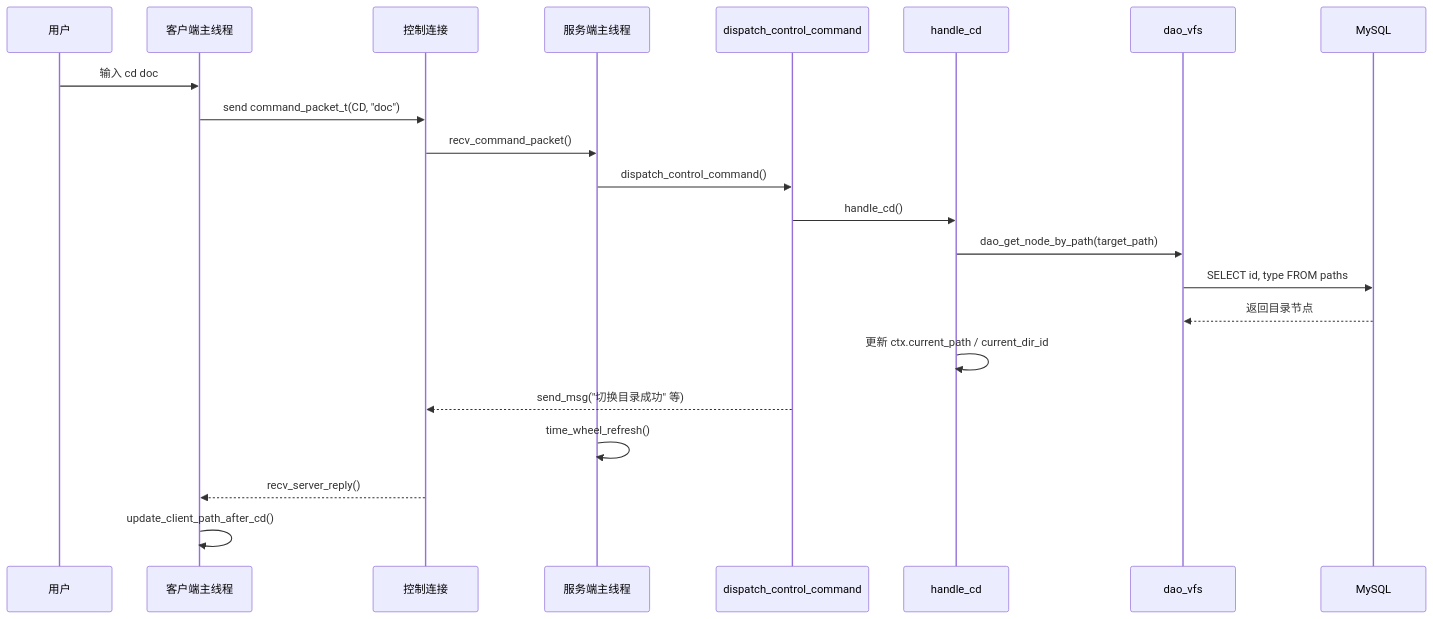
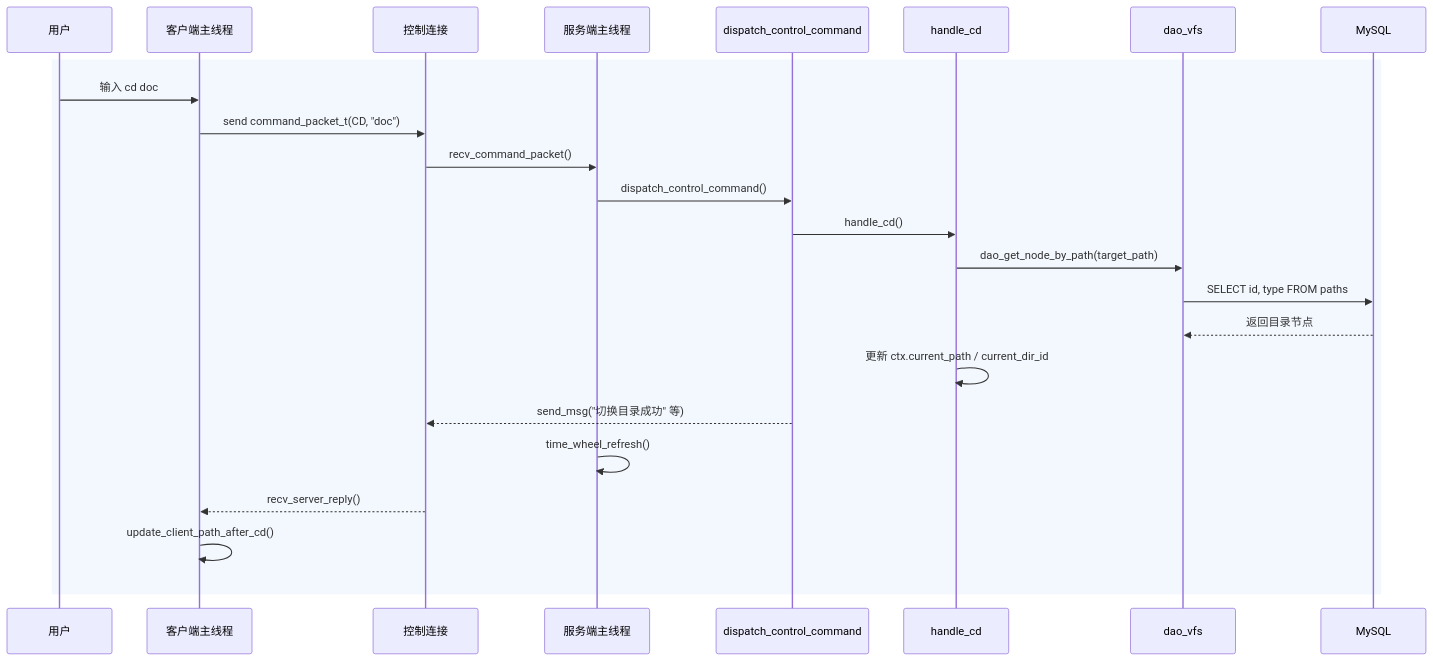
Before and after one commit to panlong-studio/WindCloud_V4: the fourth of 14 diagrams in docs/V5全流程时序图详解.md, drawn with Mermaid. The commit also changed other lines of this file and 5 other files, not shown here.

````diff
--- a/docs/V5全流程时序图详解.md
+++ b/docs/V5全流程时序图详解.md
@@ -301,25 +309,27 @@
 ```mermaid
 sequenceDiagram
     participant U as 用户
     participant CMain as 客户端主线程
     participant CtrlConn as 控制连接
     participant SMain as 服务端主线程
     participant Sess as dispatch_control_command
     participant Biz as handle_cd
     participant VFS as dao_vfs
     participant DB as MySQL
 
+    rect rgba(220, 235, 255, 0.35)
     U->>CMain: 输入 cd doc
     CMain->>CtrlConn: send command_packet_t(CD, "doc")
     CtrlConn->>SMain: recv_command_packet()
     SMain->>Sess: dispatch_control_command()
     Sess->>Biz: handle_cd()
     Biz->>VFS: dao_get_node_by_path(target_path)
     VFS->>DB: SELECT id, type FROM paths
     DB-->>VFS: 返回目录节点
     Biz->>Biz: 更新 ctx.current_path / current_dir_id
     Sess-->>CtrlConn: send_msg("切换目录成功" 等)
     SMain->>SMain: time_wheel_refresh()
     CtrlConn-->>CMain: recv_server_reply()
     CMain->>CMain: update_client_path_after_cd()
+    end
 ```
````
